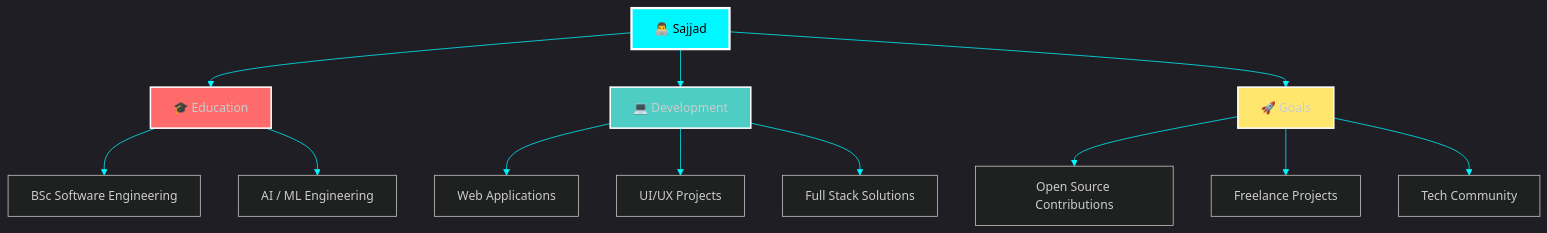
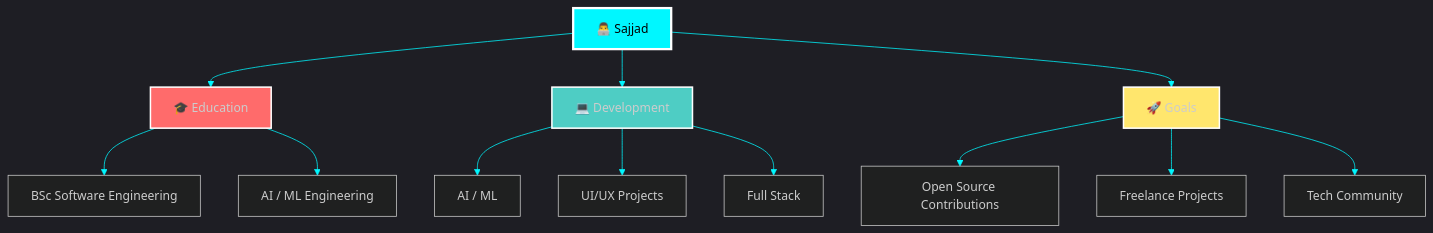
One commit to MHD-SJD/MHD-SJD changed the diagram in README.md. Above: the diagram before and after it, drawn with Mermaid.

````diff
--- a/README.md
+++ b/README.md
@@ -75,24 +75,24 @@
 ```mermaid
 %%{init: {'theme':'dark', 'themeVariables': { 'primaryColor':'#00f7ff','primaryTextColor':'#fff','primaryBorderColor':'#00f7ff','lineColor':'#00f7ff','secondaryColor':'#006064','tertiaryColor':'#0D1117'}}}%%
 graph TB
     A[👨‍💻 Sajjad] --> B[🎓 Education]
     A --> C[💻 Development]
     A --> D[🚀 Goals]
     
     B --> B1[BSc Software Engineering]
     B --> B2[AI / ML Engineering]
     
     
-    C --> C1[Web Applications]
+    C --> C1[AI / ML]
     C --> C2[UI/UX Projects]
-    C --> C3[Full Stack Solutions]
+    C --> C3[Full Stack]
     
     D --> D1[Open Source Contributions]
     D --> D2[Freelance Projects]
     D --> D3[Tech Community]
     
     style A fill:#00f7ff,stroke:#fff,stroke-width:3px,color:#000
     style B fill:#ff6b6b,stroke:#fff,stroke-width:2px
     style C fill:#4ecdc4,stroke:#fff,stroke-width:2px
     style D fill:#ffe66d,stroke:#fff,stroke-width:2px
 ```
````
